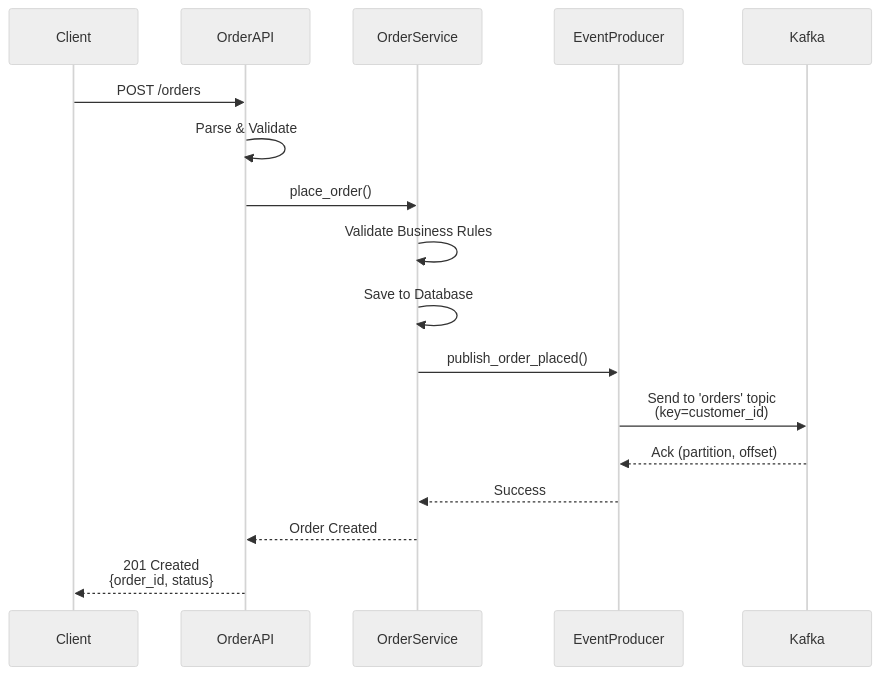
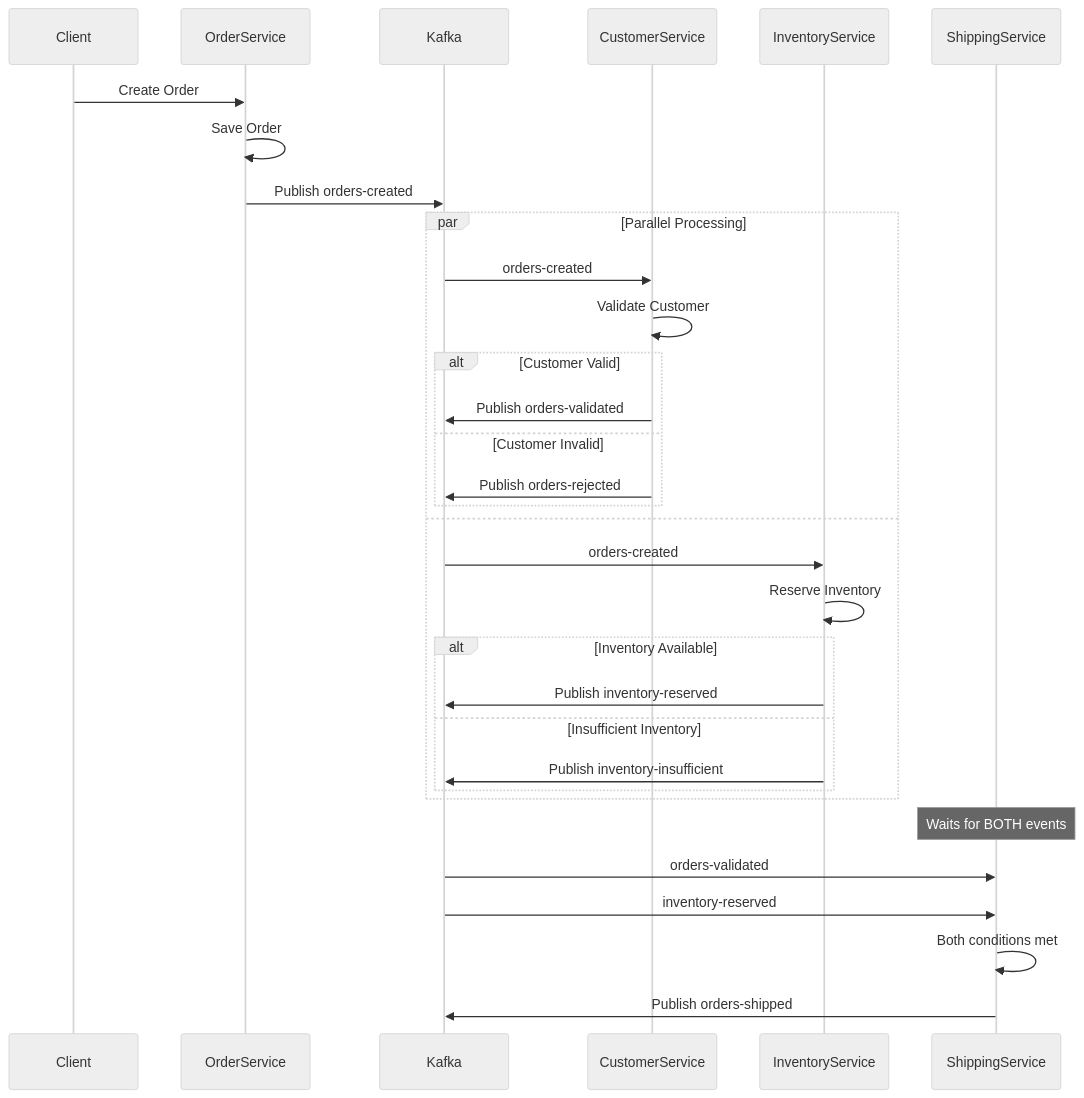
One commit to tomakazoo/ai-family-blog changed the fifth of 11 diagrams in src/content/posts/part-04-hands-on-kafka.md. Above: the diagram before and after it, drawn with Mermaid (neutral theme). The commit also changed other lines of this file, not shown here.

First line of the commit message:
Enhance Kafka blog post with detailed e-commerce order processing system

````diff
--- a/src/content/posts/part-04-hands-on-kafka.md
+++ b/src/content/posts/part-04-hands-on-kafka.md
@@ -817,23 +419,38 @@
 ```mermaid
 sequenceDiagram
     participant Client
-    participant OrderAPI
     participant OrderService
-    participant EventProducer
     participant Kafka
+    participant CustomerService
+    participant InventoryService
+    participant ShippingService
     
-    Client->>OrderAPI: POST /orders
-    OrderAPI->>OrderAPI: Parse & Validate
-    OrderAPI->>OrderService: place_order()
+    Client->>OrderService: Create Order
+    OrderService->>OrderService: Save Order
+    OrderService->>Kafka: Publish orders-created
     
-    OrderService->>OrderService: Validate Business Rules
-    OrderService->>OrderService: Save to Database
-    OrderService->>EventProducer: publish_order_placed()
+    par Parallel Processing
+        Kafka->>CustomerService: orders-created
+        CustomerService->>CustomerService: Validate Customer
+        alt Customer Valid
+            CustomerService->>Kafka: Publish orders-validated
+        else Customer Invalid
+            CustomerService->>Kafka: Publish orders-rejected
+        end
+    and
+        Kafka->>InventoryService: orders-created
+        InventoryService->>InventoryService: Reserve Inventory
+        alt Inventory Available
+            InventoryService->>Kafka: Publish inventory-reserved
+        else Insufficient Inventory
+            InventoryService->>Kafka: Publish inventory-insufficient
+        end
+    end
     
-    EventProducer->>Kafka: Send to 'orders' topic<br/>(key=customer_id)
-    Kafka-->>EventProducer: Ack (partition, offset)
+    Note over ShippingService: Waits for BOTH events
     
-    EventProducer-->>OrderService: Success
-    OrderService-->>OrderAPI: Order Created
-    OrderAPI-->>Client: 201 Created<br/>{order_id, status}
+    Kafka->>ShippingService: orders-validated
+    Kafka->>ShippingService: inventory-reserved
+    ShippingService->>ShippingService: Both conditions met
+    ShippingService->>Kafka: Publish orders-shipped
 ```
````
